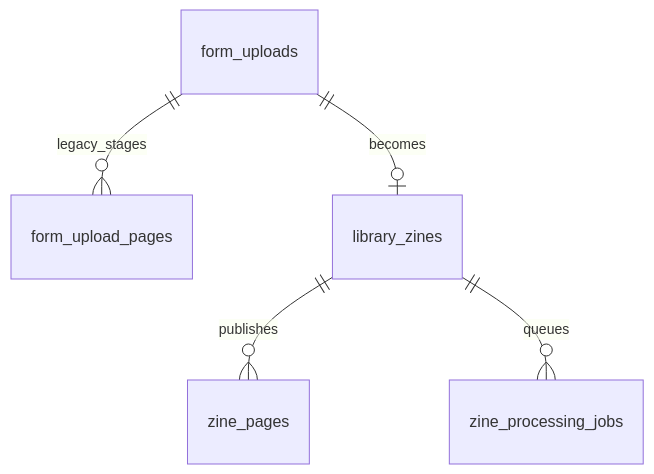
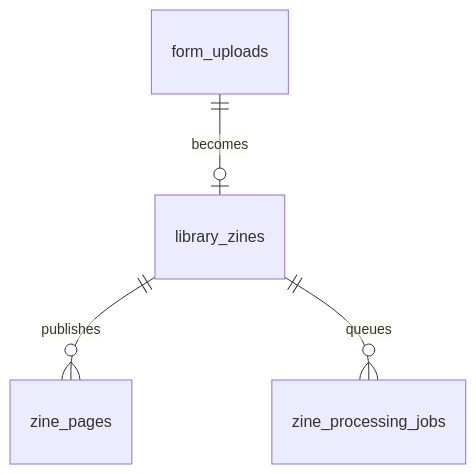
One commit to lumamontes/biblioteca-de-zines changed the first of 2 diagrams in docs/specs/page-processing-and-asset-lifecycle.md. Above: the diagram before and after it, drawn with Mermaid. The commit also changed other lines of this file and 8 other files, not shown here.

Commit message:
refactor: simplify form upload publication flow

````diff
--- a/docs/specs/page-processing-and-asset-lifecycle.md
+++ b/docs/specs/page-processing-and-asset-lifecycle.md
@@ -29,7 +28,6 @@
 ```mermaid
 erDiagram
-    form_uploads ||--o{ form_upload_pages : legacy_stages
     form_uploads ||--o| library_zines : becomes
     library_zines ||--o{ zine_pages : publishes
     library_zines ||--o{ zine_processing_jobs : queues
 ```
````
